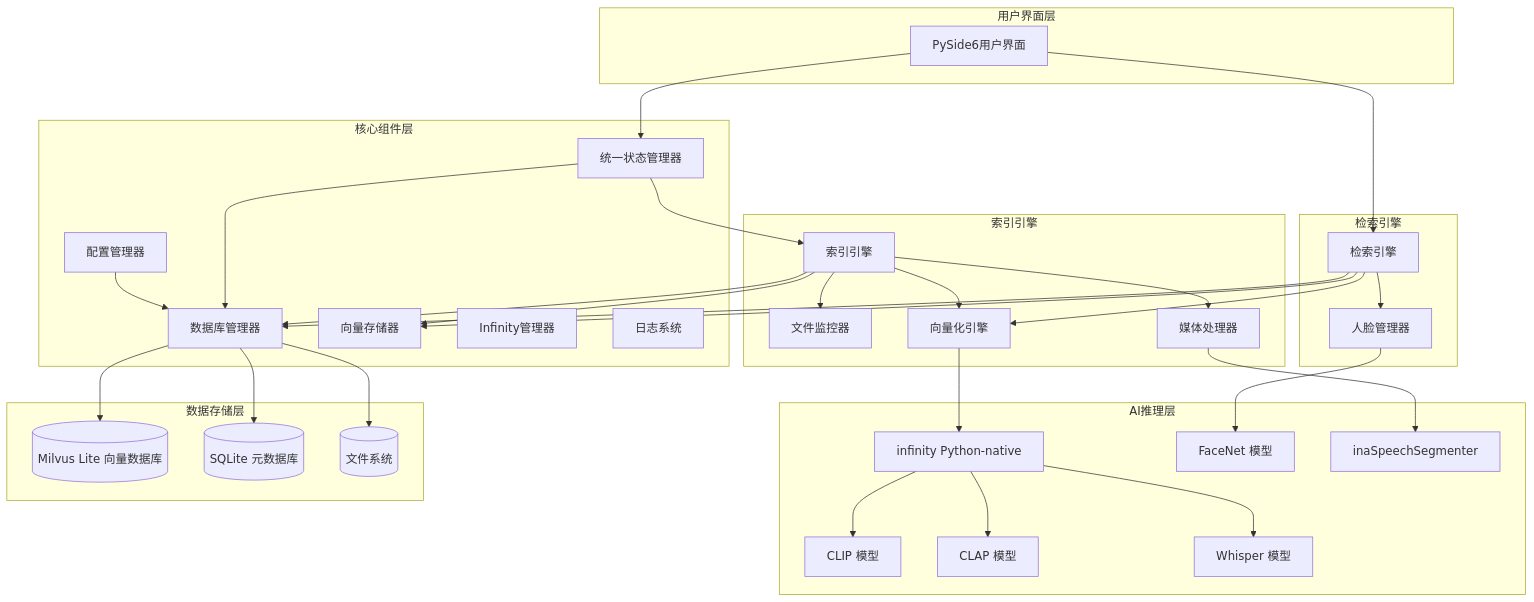
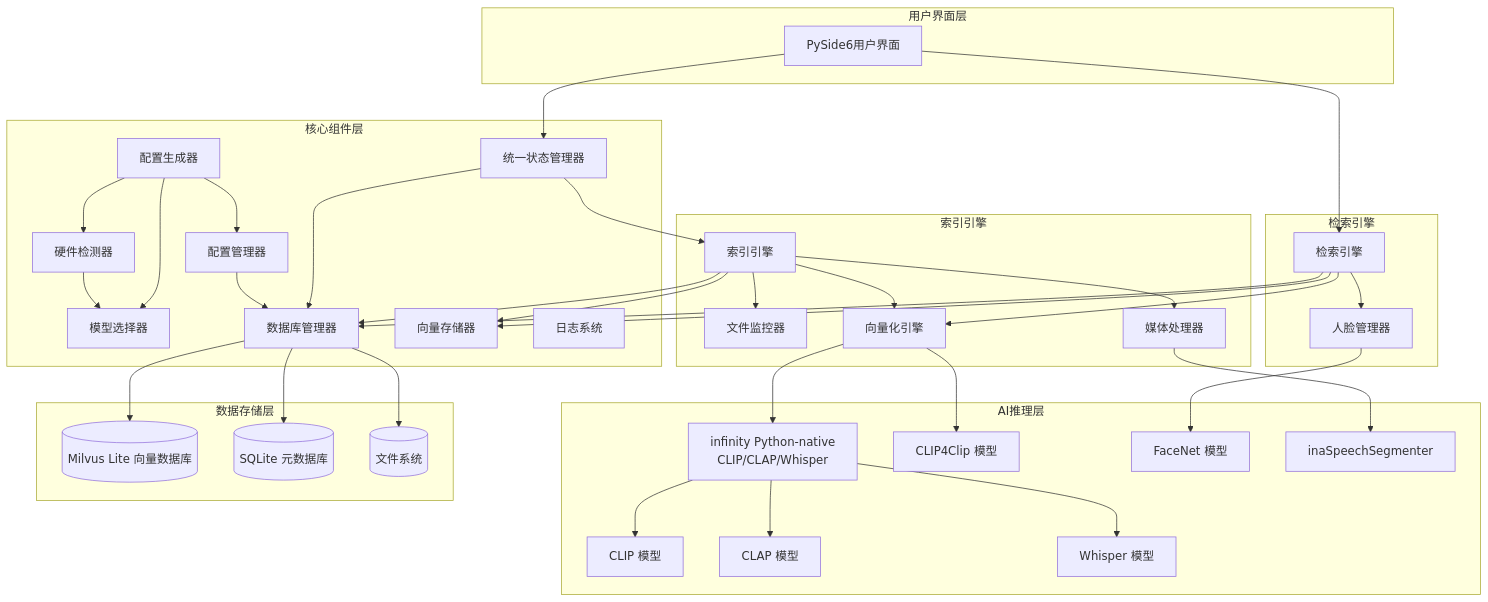
Before and after one commit to cr4342/msearch: the first of 2 diagrams in .kiro/specs/multimodal-search-system/design.md, drawn with Mermaid. The commit also changed other lines of this file and 63 other files, not shown here.

````diff
--- a/.kiro/specs/multimodal-search-system/design.md
+++ b/.kiro/specs/multimodal-search-system/design.md
@@ -145,73 +182,81 @@
 ```mermaid
 graph TB
     subgraph "用户界面层"
         UI[PySide6用户界面]
     end
     
     subgraph "索引引擎"
         IndexingEngine[索引引擎]
         FileMonitor[文件监控器]
         MediaProcessor[媒体处理器]
         EmbeddingEngine[向量化引擎]
     end
     
     subgraph "检索引擎"
         SearchEngine[检索引擎]
         FaceManager[人脸管理器]
     end
     
     subgraph "核心组件层"
         StateManager[统一状态管理器]
         ConfigManager[配置管理器]
+        ConfigGenerator[配置生成器]
+        HardwareDetector[硬件检测器]
+        ModelSelector[模型选择器]
         DatabaseManager[数据库管理器]
         VectorStore[向量存储器]
-        InfinityManager[Infinity管理器]
+        EmbeddingEngine[向量化引擎]
         LoggingSystem[日志系统]
     end
     
     subgraph "AI推理层"
-        Infinity[infinity Python-native]
+        Infinity[infinity Python-native<br/>CLIP/CLAP/Whisper]
         CLIP[CLIP 模型]
         CLAP[CLAP 模型]
         Whisper[Whisper 模型]
+        CLIP4Clip[CLIP4Clip 模型]
         FaceNet[FaceNet 模型]
         InaSpeechSegmenter[inaSpeechSegmenter]
     end
     
     subgraph "数据存储层"
         MilvusLite[(Milvus Lite 向量数据库)]
         SQLite[(SQLite 元数据库)]
         FileSystem[(文件系统)]
     end
     
     UI --> SearchEngine
     UI --> StateManager
     
     SearchEngine --> EmbeddingEngine
     SearchEngine --> DatabaseManager
     SearchEngine --> VectorStore
     SearchEngine --> FaceManager
     
     IndexingEngine --> FileMonitor
     IndexingEngine --> MediaProcessor
     IndexingEngine --> EmbeddingEngine
+    IndexingEngine --> VectorStore
     IndexingEngine --> DatabaseManager
-    IndexingEngine --> VectorStore
     
     StateManager --> DatabaseManager
     StateManager --> IndexingEngine
     
     ConfigManager --> DatabaseManager
+    ConfigGenerator --> HardwareDetector
+    ConfigGenerator --> ModelSelector
+    ConfigGenerator --> ConfigManager
+    HardwareDetector --> ModelSelector
     
     EmbeddingEngine --> Infinity
-    FaceManager --> FaceNet
-    MediaProcessor --> InaSpeechSegmenter
-    
+    EmbeddingEngine --> CLIP4Clip
     Infinity --> CLIP
     Infinity --> CLAP
     Infinity --> Whisper
+    FaceManager --> FaceNet
+    MediaProcessor --> InaSpeechSegmenter
     
     DatabaseManager --> MilvusLite
     DatabaseManager --> SQLite
     DatabaseManager --> FileSystem
 ```
````
